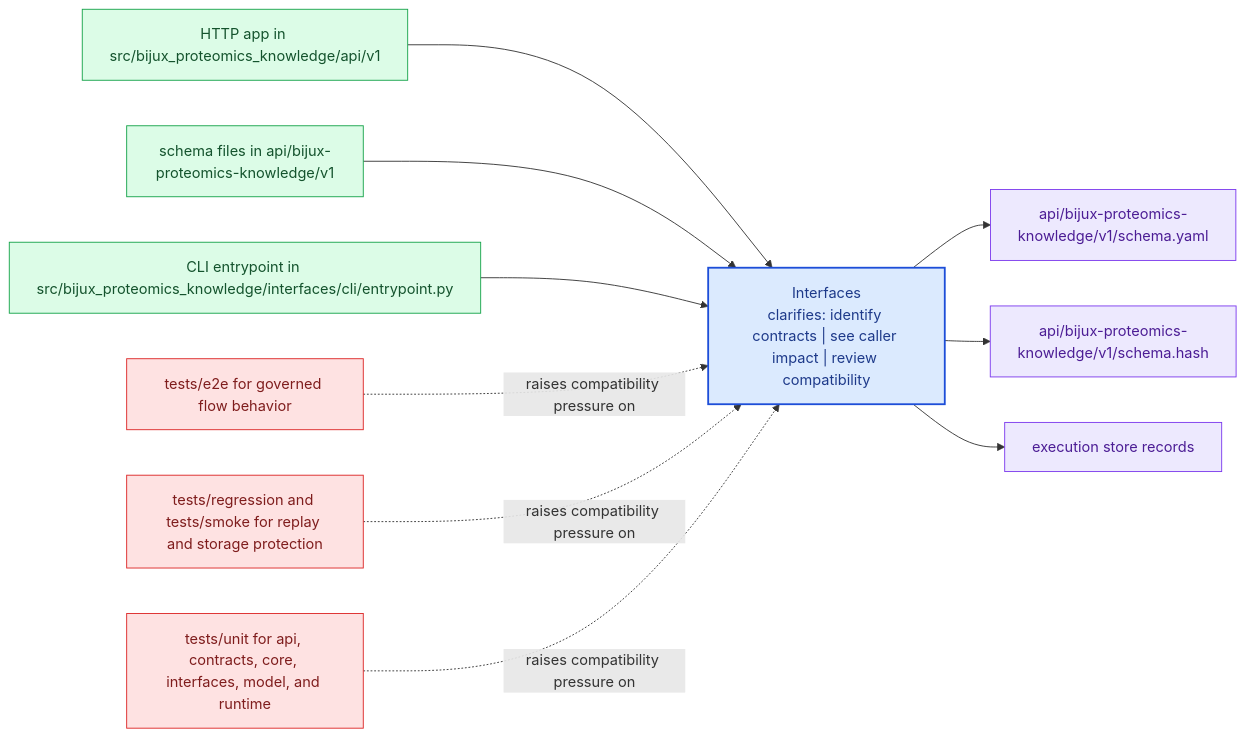
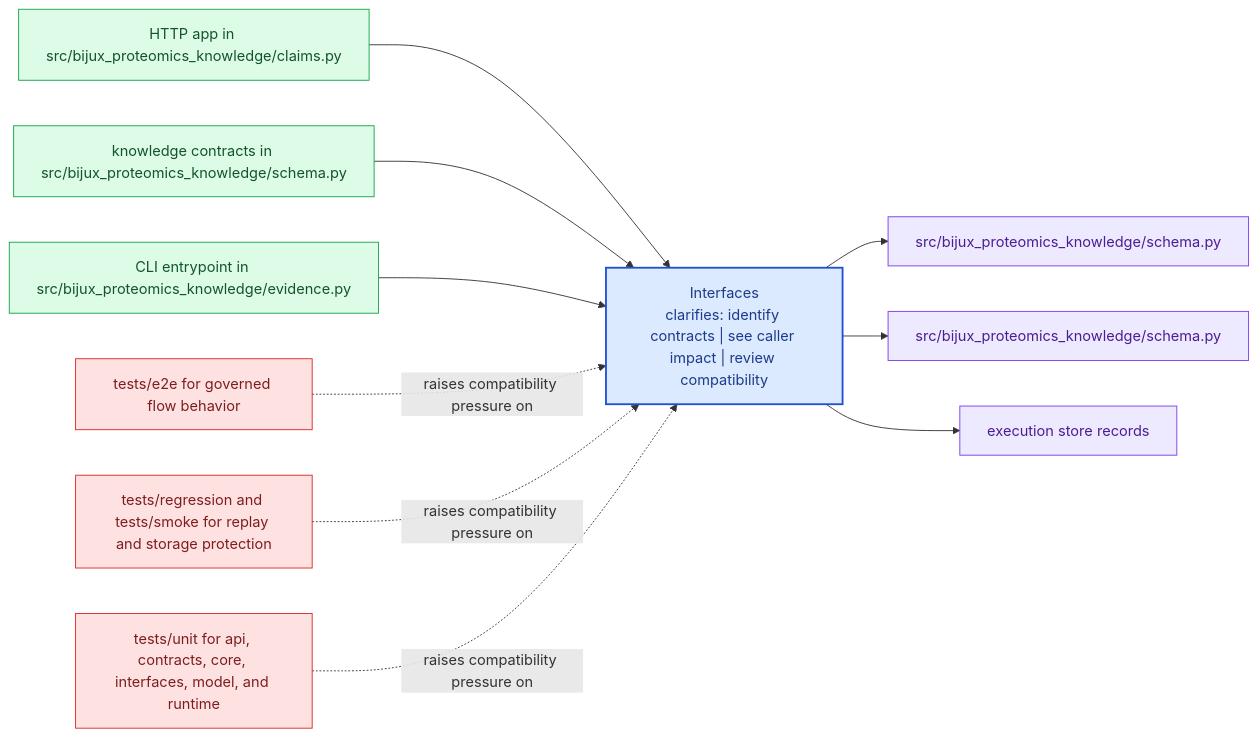
One commit to bijux/bijux-proteomics changed the diagram in docs/bijux-proteomics-knowledge/interfaces/index.md. Above: the diagram before and after it, drawn with Mermaid. The commit also changed other lines of this file and 24 other files, not shown here.

Commit message:
docs(bijux-proteomics-knowledge): align handbook with evidence and claim system boundaries

````diff
--- a/docs/bijux-proteomics-knowledge/interfaces/index.md
+++ b/docs/bijux-proteomics-knowledge/interfaces/index.md
@@ -20,31 +20,31 @@
 ```mermaid
 flowchart LR
     page["Interfaces<br/>clarifies: identify contracts | see caller impact | review compatibility"]
     classDef page fill:#dbeafe,stroke:#1d4ed8,color:#1e3a8a,stroke-width:2px;
     classDef positive fill:#dcfce7,stroke:#16a34a,color:#14532d;
     classDef caution fill:#fee2e2,stroke:#dc2626,color:#7f1d1d;
     classDef anchor fill:#ede9fe,stroke:#7c3aed,color:#4c1d95;
     classDef action fill:#fef3c7,stroke:#d97706,color:#7c2d12;
-    surface1["HTTP app in src/bijux_proteomics_knowledge/api/v1"]
+    surface1["HTTP app in src/bijux_proteomics_knowledge/claims.py"]
     surface1 --> page
-    surface2["schema files in api/bijux-proteomics-knowledge/v1"]
+    surface2["knowledge contracts in src/bijux_proteomics_knowledge/schema.py"]
     surface2 --> page
-    surface3["CLI entrypoint in src/bijux_proteomics_knowledge/interfaces/cli/entrypoint.py"]
+    surface3["CLI entrypoint in src/bijux_proteomics_knowledge/evidence.py"]
     surface3 --> page
-    proof1["api/bijux-proteomics-knowledge/v1/schema.yaml"]
+    proof1["src/bijux_proteomics_knowledge/schema.py"]
     page --> proof1
-    proof2["api/bijux-proteomics-knowledge/v1/schema.hash"]
+    proof2["src/bijux_proteomics_knowledge/schema.py"]
     page --> proof2
     proof3["execution store records"]
     page --> proof3
     review1["tests/e2e for governed flow behavior"]
     review1 -.raises compatibility pressure on.-> page
     review2["tests/regression and tests/smoke for replay and storage protection"]
     review2 -.raises compatibility pressure on.-> page
     review3["tests/unit for api, contracts, core, interfaces, model, and runtime"]
     review3 -.raises compatibility pressure on.-> page
     class page page;
     class surface1,surface2,surface3 positive;
     class proof1,proof2,proof3 anchor;
     class review1,review2,review3 caution;
 ```
````
